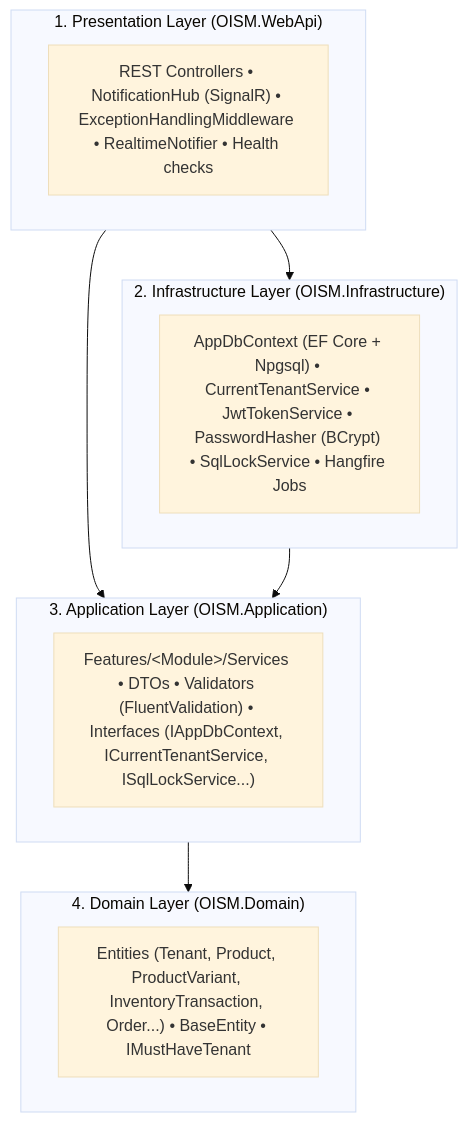
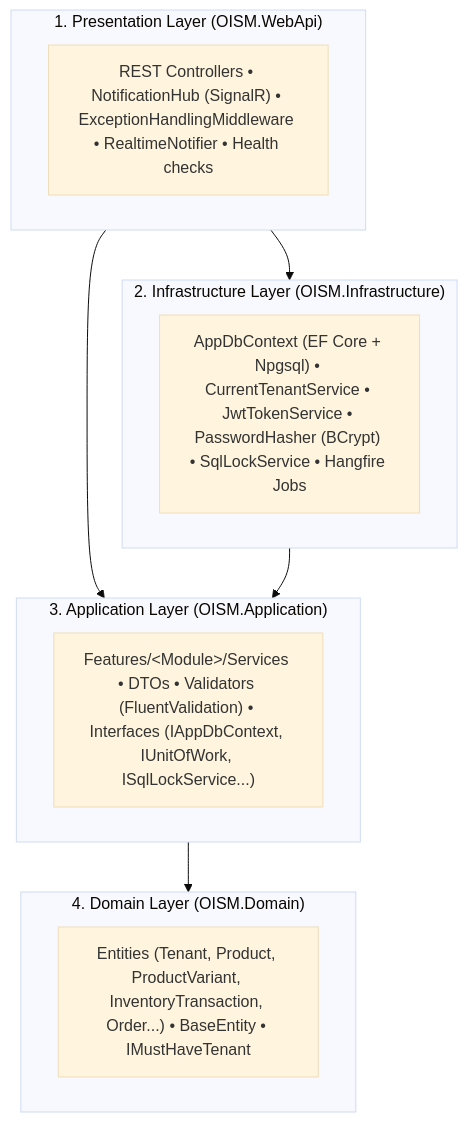
Before and after one commit to khoalvd839764-netizen/OISMS: the diagram in docs/04-architecture-and-design/01-clean-architecture.md, drawn with Mermaid (base theme). The commit also changed other lines of this file and 26 other files, not shown here.

````diff
--- a/docs/04-architecture-and-design/01-clean-architecture.md
+++ b/docs/04-architecture-and-design/01-clean-architecture.md
@@ -24,23 +24,23 @@
 ```mermaid
 flowchart TD
     subgraph Presentation["1. Presentation Layer (OISM.WebApi)"]
         Controllers["REST Controllers • NotificationHub (SignalR) • ExceptionHandlingMiddleware • RealtimeNotifier • Health checks"]
     end
 
     subgraph Infrastructure["2. Infrastructure Layer (OISM.Infrastructure)"]
         Infra["AppDbContext (EF Core + Npgsql) • CurrentTenantService • JwtTokenService • PasswordHasher (BCrypt) • SqlLockService • Hangfire Jobs"]
     end
 
     subgraph Application["3. Application Layer (OISM.Application)"]
-        App["Features/&lt;Module&gt;/Services • DTOs • Validators (FluentValidation) • Interfaces (IAppDbContext, ICurrentTenantService, ISqlLockService...)"]
+        App["Features/&lt;Module&gt;/Services • DTOs • Validators (FluentValidation) • Interfaces (IAppDbContext, IUnitOfWork, ISqlLockService...)"]
     end
 
     subgraph Domain["4. Domain Layer (OISM.Domain)"]
         Dom["Entities (Tenant, Product, ProductVariant, InventoryTransaction, Order...) • BaseEntity • IMustHaveTenant"]
     end
 
     Presentation --> Application
     Presentation --> Infrastructure
     Infrastructure --> Application
     Application --> Domain
 ```
````
